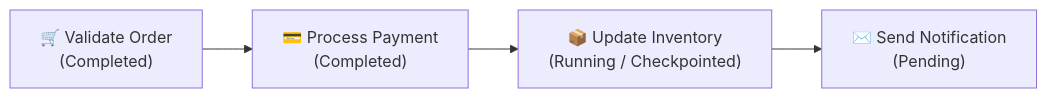
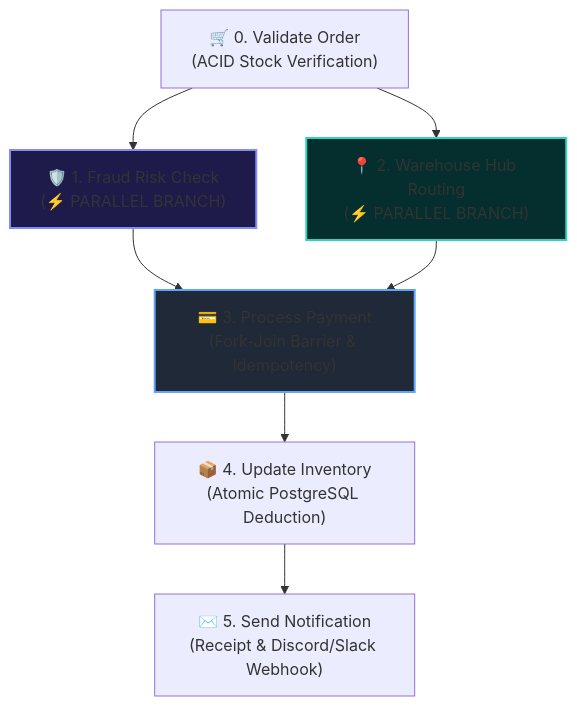
The first of 2 diagrams in README.md (theAdmin21/crash-proof-workflow-engine), drawn with Mermaid before and after one commit. The commit also changed other lines of this file, not shown here.

````diff
--- a/README.md
+++ b/README.md
@@ -18,6 +20,15 @@
 ```mermaid
-flowchart LR
-    S1["🛒 Validate Order\n(Completed)"] --> S2["💳 Process Payment\n(Completed)"]
-    S2 --> S3["📦 Update Inventory\n(Running / Checkpointed)"]
-    S3 --> S4["✉️ Send Notification\n(Pending)"]
+flowchart TD
+    S0["🛒 0. Validate Order\n(ACID Stock Verification)"] --> S1["🛡️ 1. Fraud Risk Check\n(⚡ PARALLEL BRANCH)"]
+    S0 --> S2["📍 2. Warehouse Hub Routing\n(⚡ PARALLEL BRANCH)"]
+    
+    S1 --> S3["💳 3. Process Payment\n(Fork-Join Barrier & Idempotency)"]
+    S2 --> S3
+    
+    S3 --> S4["📦 4. Update Inventory\n(Atomic PostgreSQL Deduction)"]
+    S4 --> S5["✉️ 5. Send Notification\n(Receipt & Discord/Slack Webhook)"]
+
+    style S1 fill:#1e1b4b,stroke:#818cf8,stroke-width:2px
+    style S2 fill:#042f2e,stroke:#2dd4bf,stroke-width:2px
+    style S3 fill:#1f2937,stroke:#60a5fa,stroke-width:2px
 ```
````
